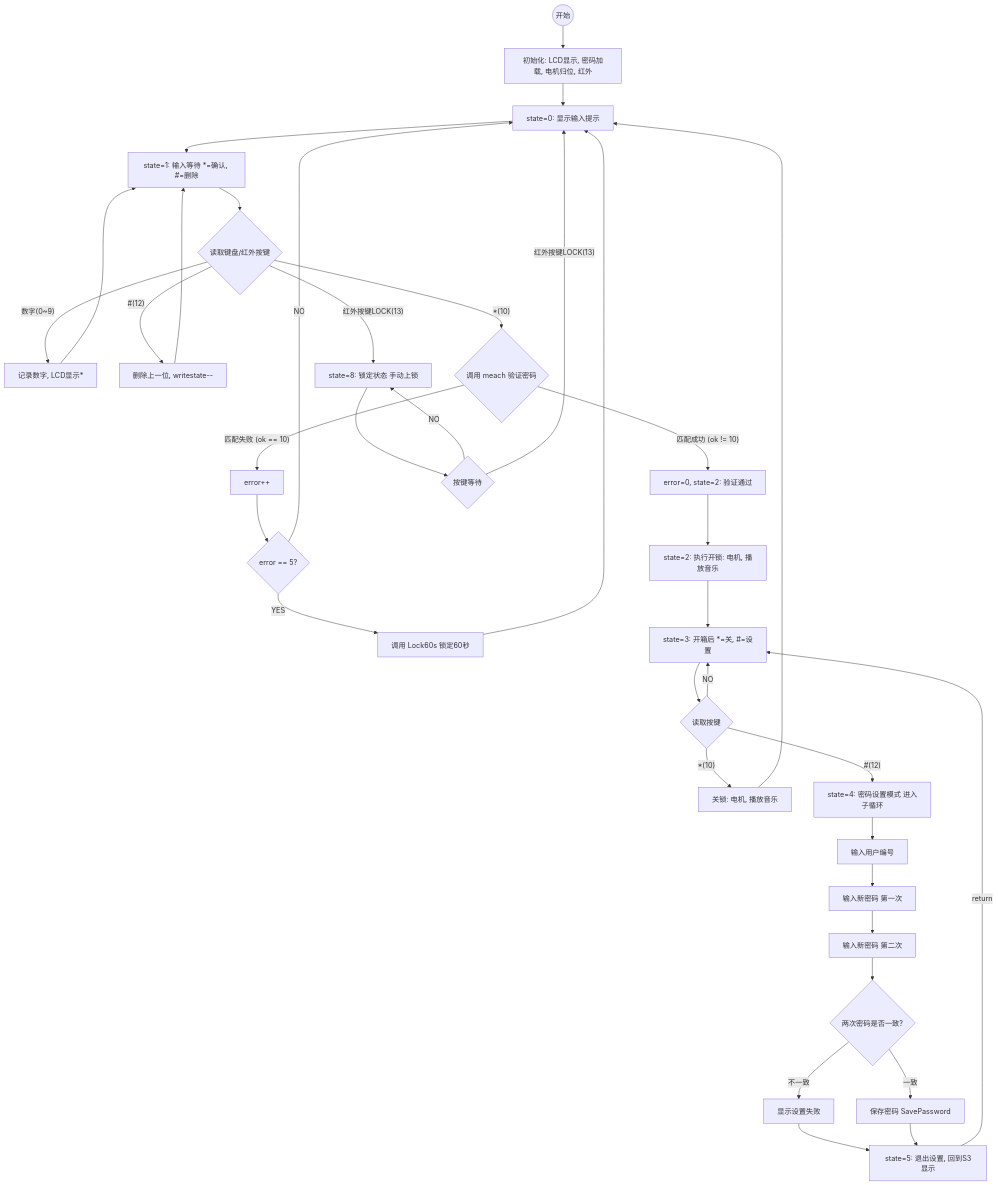
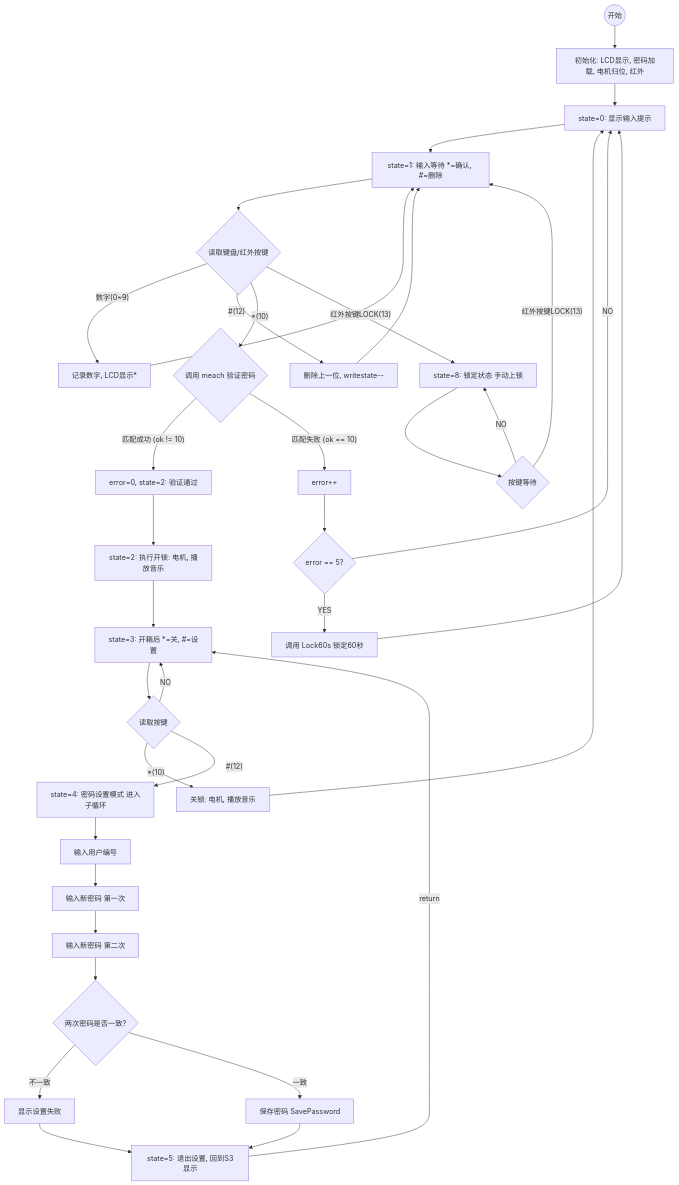
Before and after one commit to ksxyh-22/iodraw-files: the diagram in all/未命名-1.md, drawn with Mermaid.

Commit message:
2025-10-11 11:13:23 update

````diff
--- a/all/未命名-1.md
+++ b/all/未命名-1.md
@@ -1,68 +1,68 @@
 ```mermaid
 graph TD
     %% 状态机主流程
     START((开始)) --> INIT[初始化: LCD显示, 密码加载, 电机归位, 红外];
     INIT --> S0[state=0: 显示输入提示];
 
     %% 状态 1: 密码输入与验证
     S0 --> S1[state=1: 输入等待 *=确认, #=删除];
     
     S1 --> INPUT{读取键盘/红外按键};
     
     INPUT -- 数字(0~9) --> DIGIT[记录数字, LCD显示*];
     DIGIT --> S1;
 
     INPUT -- #(12) --> DELETE[删除上一位, writestate--];
     DELETE --> S1;
 
     
     
     INPUT -- *(10) --> VERIFY{调用 meach 验证密码};
     
     VERIFY -- 匹配成功 (ok != 10) --> S2_SUCCESS[error=0, state=2: 验证通过];
     
     VERIFY -- 匹配失败 (ok == 10) --> ERROR_COUNT[error++];
     
     ERROR_COUNT --> CHECK_ERRORS{error == 5?};
     
     CHECK_ERRORS -- NO --> S0;
 
     CHECK_ERRORS -- YES --> LOCK_60s[调用 Lock60s 锁定60秒];
     LOCK_60s --> S0;
 
     %% 状态 2, 3, 5: 开锁后的操作
     S2_SUCCESS --> S2_OPEN[state=2: 执行开锁: 电机, 播放音乐];
     S2_OPEN --> S3[state=3: 开箱后 *=关, #=设置];
 
     S3 --> POST_KEY{读取按键};
     
     POST_KEY -- NO --> S3;
     
     POST_KEY -- *(10) --> S3_CLOSE[关锁: 电机, 播放音乐];
     S3_CLOSE --> S0;
     
     POST_KEY -- #(12) --> S4[state=4: 密码设置模式 进入子循环];
 
     %% 状态 4: 密码设置
     S4 --> S4_USER[输入用户编号];
     S4_USER --> S4_PASS1[输入新密码 第一次];
     S4_PASS1 --> S4_PASS2[输入新密码 第二次];
 
     S4_PASS2 --> S4_CHECK{两次密码是否一致?};
     
     S4_CHECK -- 不一致 --> S4_FAIL[显示设置失败];
     S4_FAIL --> S5[state=5: 退出设置, 回到S3显示];
 
     S4_CHECK -- 一致 --> S4_SAVE[保存密码 SavePassword];
     S4_SAVE --> S5;
     
     S5 -- return --> S3; 
     %% 回到开箱后状态的显示
     INPUT -- 红外按键LOCK(13) --> S8[state=8: 锁定状态 手动上锁];
 
     %% 状态 8: 锁定状态 (手动)
     S8 --> S8_WAIT{按键等待};
     
     S8_WAIT -- NO --> S8;
-    S8_WAIT -- 红外按键LOCK(13) --> S0;
+    S8_WAIT -- 红外按键LOCK(13) --> S1;
 ```
````
